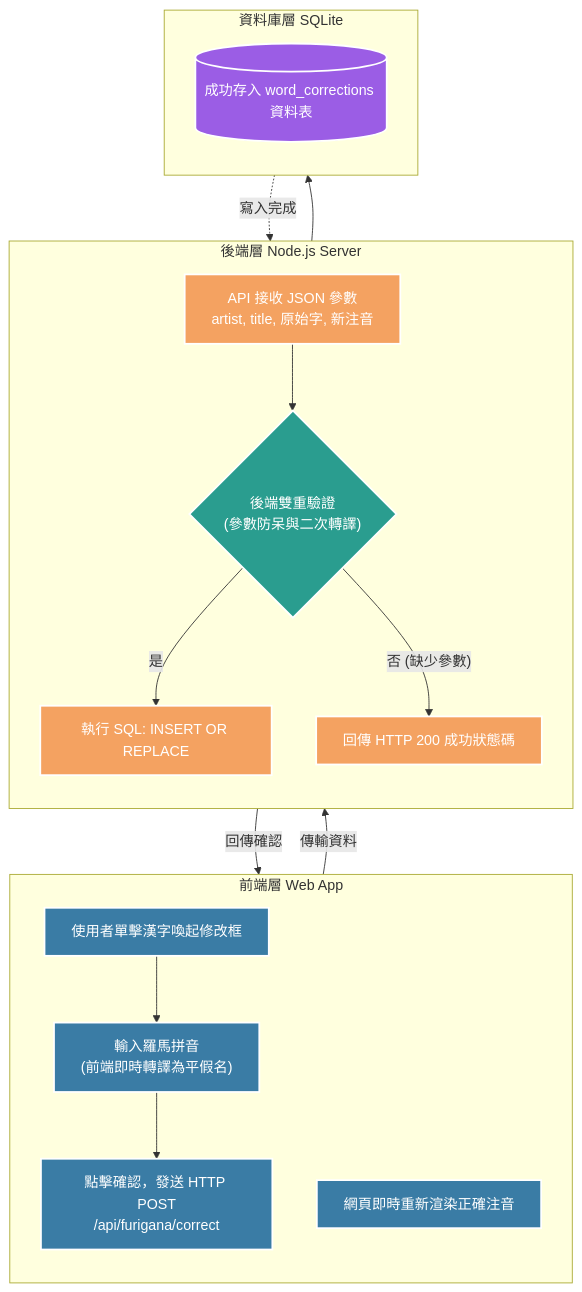
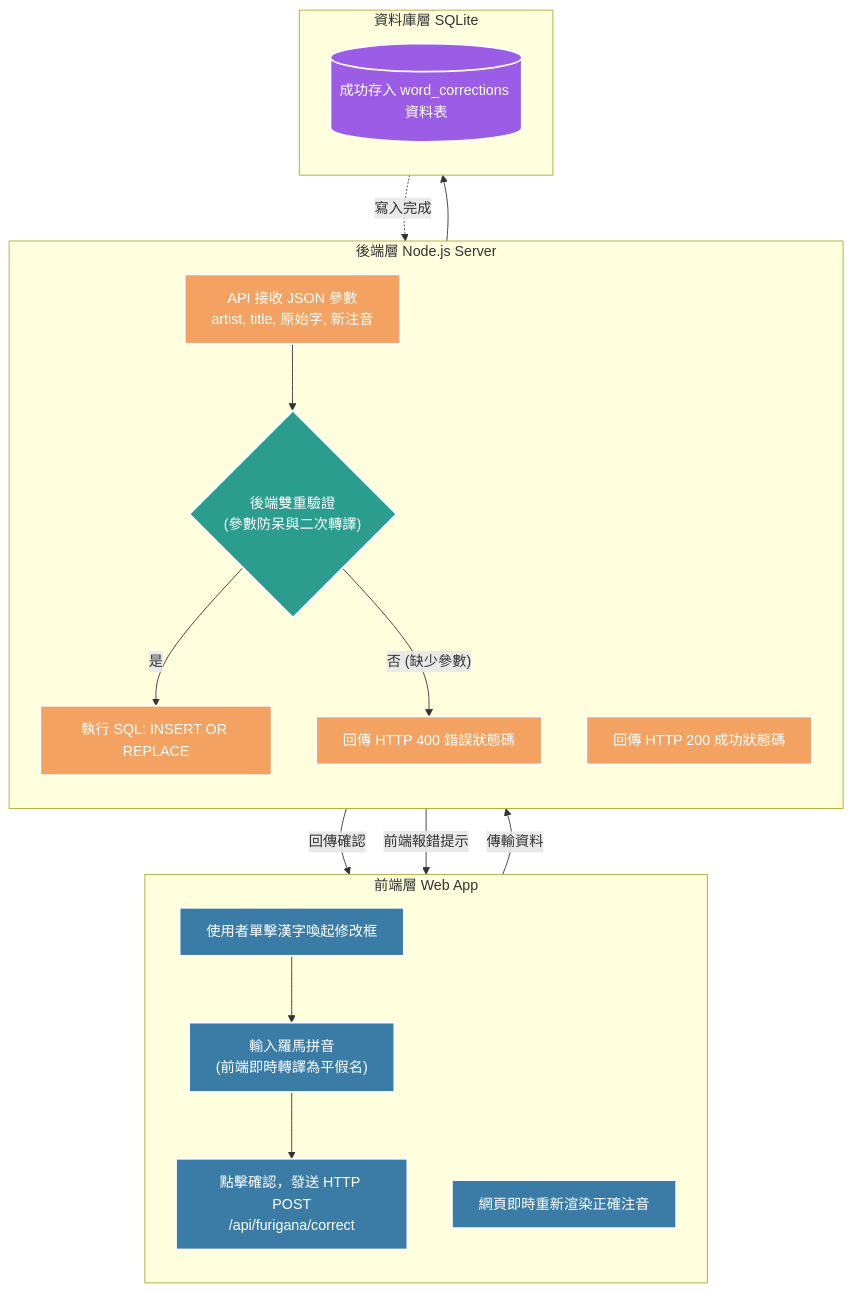
The third of 5 diagrams in README.md (bensionfang/Kanaric), drawn with Mermaid before and after one commit.

Commit message:
docs: correct flowchart 2 to route missing parameters to HTTP 400 instead of HTTP 200

````diff
--- a/README.md
+++ b/README.md
@@ -111,38 +111,40 @@
 ```mermaid
 flowchart TD
     classDef frontend fill:#3a7ca5,stroke:#fff,stroke-width:2px,color:#fff
     classDef backend fill:#f4a261,stroke:#fff,stroke-width:2px,color:#fff
     classDef database fill:#9b5de5,stroke:#fff,stroke-width:2px,color:#fff
     classDef condition fill:#2a9d8f,stroke:#fff,stroke-width:2px,color:#fff
 
     subgraph Frontend ["前端層 Web App"]
         direction TB
         User["使用者單擊漢字喚起修改框"]:::frontend
         Input["輸入羅馬拼音<br>(前端即時轉譯為平假名)"]:::frontend
         Send["點擊確認，發送 HTTP POST<br>/api/furigana/correct"]:::frontend
         Update["網頁即時重新渲染正確注音"]:::frontend
     end
 
     subgraph Backend ["後端層 Node.js Server"]
         direction TB
         Recv["API 接收 JSON 參數<br>artist, title, 原始字, 新注音"]:::backend
         Cond{"後端雙重驗證<br>(參數防呆與二次轉譯)"}:::condition
         SQL["執行 SQL: INSERT OR REPLACE"]:::backend
         Res["回傳 HTTP 200 成功狀態碼"]:::backend
+        Err["回傳 HTTP 400 錯誤狀態碼"]:::backend
     end
 
     subgraph DB ["資料庫層 SQLite"]
         direction TB
         DB_Write[("成功存入 word_corrections 資料表")]:::database
     end
 
     User --> Input
     Input --> Send
     Send -- "傳輸資料" --> Recv
     Recv --> Cond
     Cond -- "是" --> SQL
-    Cond -- "否 (缺少參數)" --> Res
+    Cond -- "否 (缺少參數)" --> Err
     SQL --> DB_Write
     DB_Write -. "寫入完成" .-> Res
     Res -- "回傳確認" --> Update
+    Err -- "前端報錯提示" --> User
 ```
````
